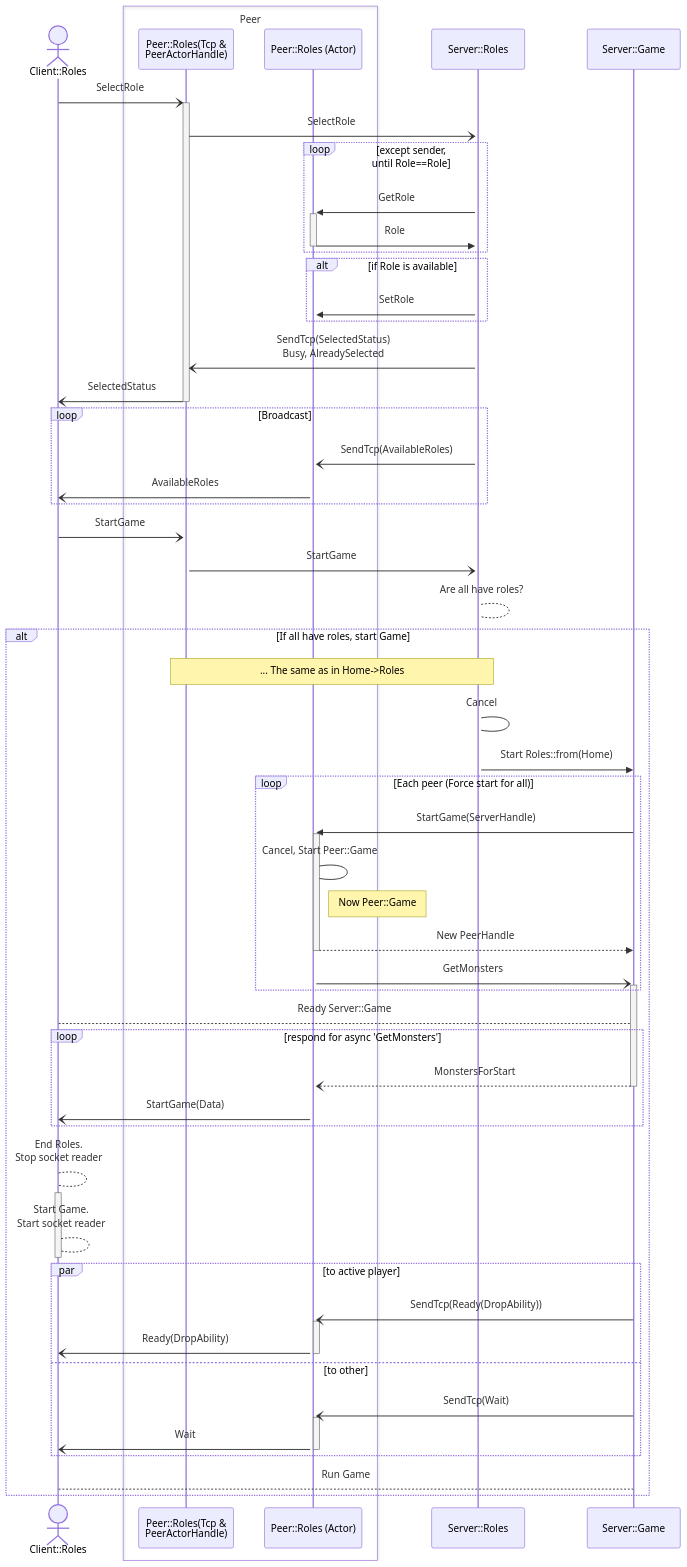
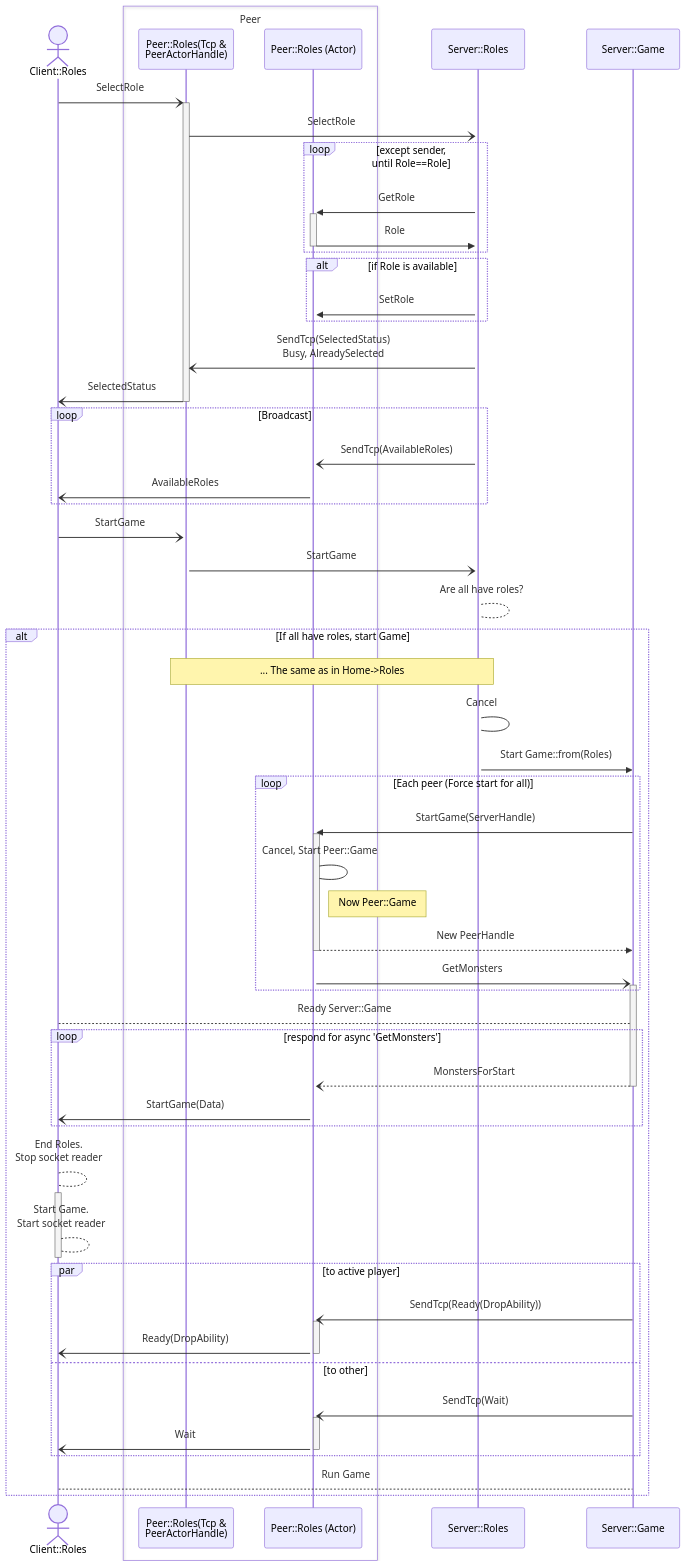
The third of 4 diagrams in README.md (39555/kobuleti), drawn with Mermaid before and after one commit. The commit also changed other lines of this file, not shown here.

Commit message:
docs: Game mermaid

````diff
--- a/README.md
+++ b/README.md
@@ -118,59 +118,59 @@
 ```mermaid
 sequenceDiagram
     actor C as Client::Roles
     box Peer
         participant PC as Peer::Roles(Tcp &<br/> PeerActorHandle)
         participant P as Peer::Roles (Actor)
     end
     participant R as Server::Roles
 
     C -)+PC: SelectRole
     PC -)+R: SelectRole
     loop except sender,<br/> until Role==Role
         R->>+P: GetRole
         P->>-R: Role
         
     end
     alt if Role is available
         R->>+P: SetRole 
     end
     R-)PC: SendTcp(SelectedStatus)<br/>Busy, AlreadySelected
     PC-)-C: SelectedStatus
     loop Broadcast
         R-)P: SendTcp(AvailableRoles)
         P-)C: AvailableRoles
     end
     C-)+PC: StartGame
     PC-)R: StartGame
     R-->R: Are all have roles?
         alt If all have roles, start Game
     Note over PC, R: ... The same as in Home->Roles
     R->R: Cancel
     participant G as Server::Game
-    R->>G: Start Roles::from(Home)
+    R->>G: Start Game::from(Roles)
     loop Each peer (Force start for all)
         G->>+P: StartGame(ServerHandle)
         P->P:  Cancel, Start Peer::Game
         Note right of P: Now Peer::Game
         P-->>-G: New PeerHandle
         P-)+G: GetMonsters
 
     end
     C-->G: Ready Server::Game
     loop respond for async 'GetMonsters'
         G--)-P: MonstersForStart
         P-)C: StartGame(Data)
     end
     C-->+C: End Roles.<br/> Stop socket reader
     C-->-C: Start Game.<br/> Start socket reader
     par to active player
         G-)+P: SendTcp(Ready(DropAbility))
         P-)-C: Ready(DropAbility)
     and to other
         G-)+P: SendTcp(Wait)
         P-)-C: Wait
     end
     
     C-->G: Run Game
     end
 ```
````
